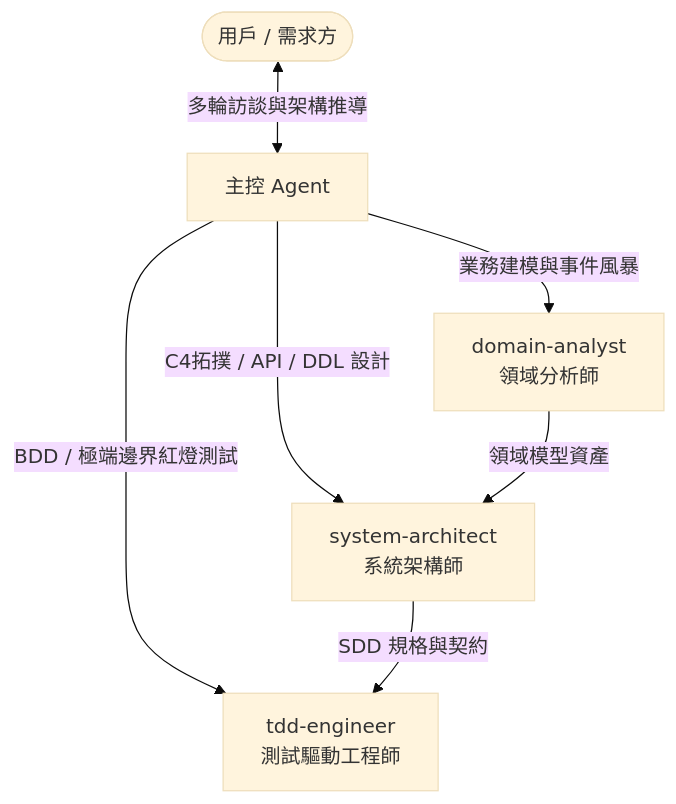
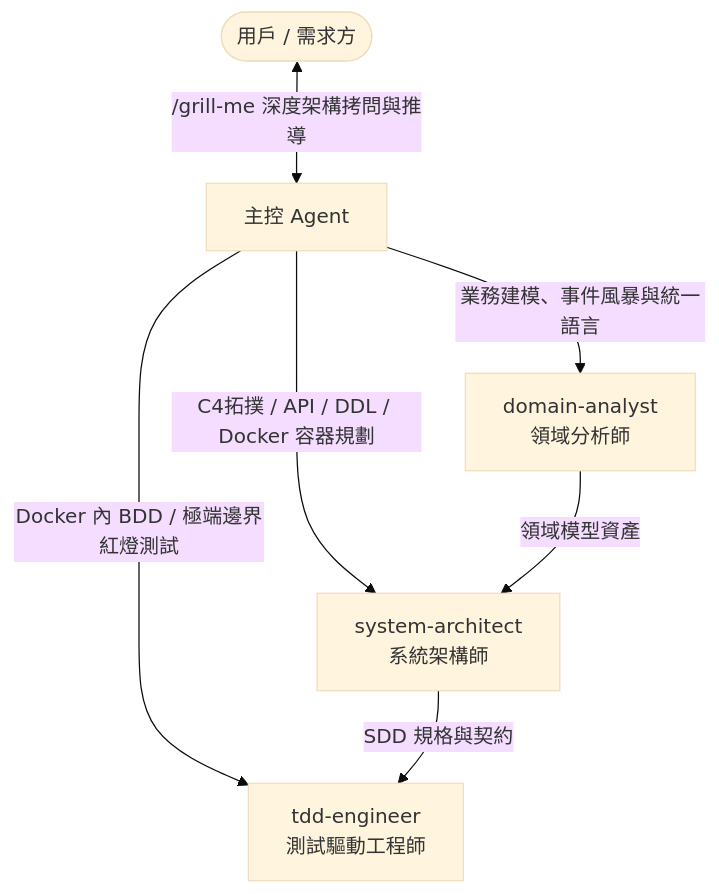
The diagram in .agents/AGENTS.md (YANG-ZONG-YI/ai_agent_team), drawn with Mermaid (base theme) before and after one commit. The commit also changed other lines of this file and 11 other files, not shown here.

````diff
--- a/.agents/AGENTS.md
+++ b/.agents/AGENTS.md
@@ -32,10 +41,10 @@
 ```mermaid
 graph TD
-    User([用戶 / 需求方]) <-->|多輪訪談與架構推導| Orchestrator[主控 Agent]
-    Orchestrator -->|業務建模與事件風暴| DomainAnalyst[domain-analyst<br/>領域分析師]
-    Orchestrator -->|C4拓撲 / API / DDL 設計| SystemArch[system-architect<br/>系統架構師]
-    Orchestrator -->|BDD / 極端邊界紅燈測試| TDDEng[tdd-engineer<br/>測試驅動工程師]
+    User([用戶 / 需求方]) <-->|/grill-me 深度架構拷問與推導| Orchestrator[主控 Agent]
+    Orchestrator -->|業務建模、事件風暴與統一語言| DomainAnalyst[domain-analyst<br/>領域分析師]
+    Orchestrator -->|C4拓撲 / API / DDL / Docker 容器規劃| SystemArch[system-architect<br/>系統架構師]
+    Orchestrator -->|Docker 內 BDD / 極端邊界紅燈測試| TDDEng[tdd-engineer<br/>測試驅動工程師]
     
     DomainAnalyst -->|領域模型資產| SystemArch
     SystemArch -->|SDD 規格與契約| TDDEng
 ```
````
